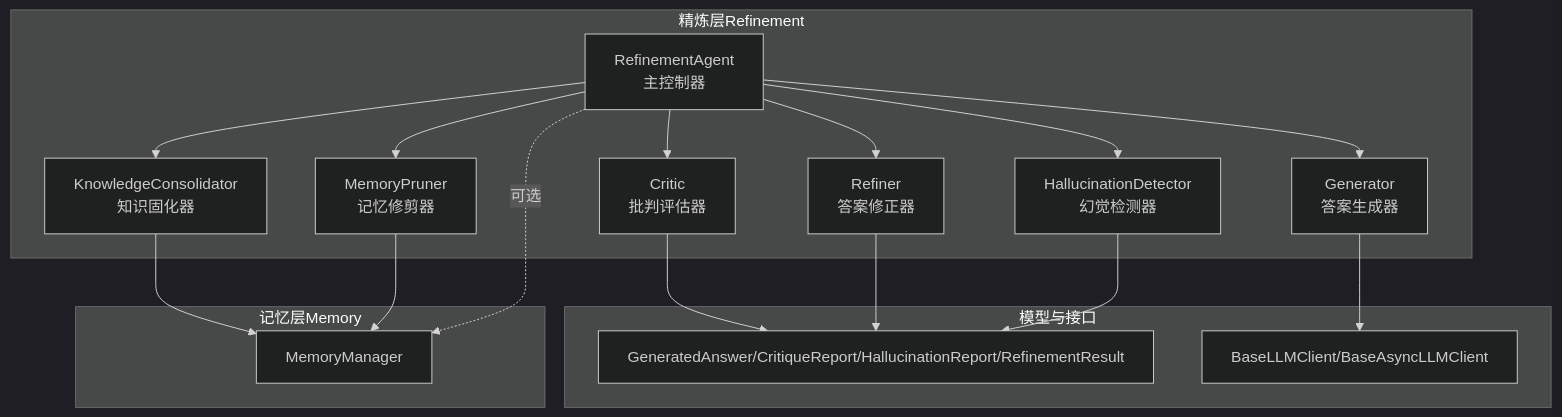
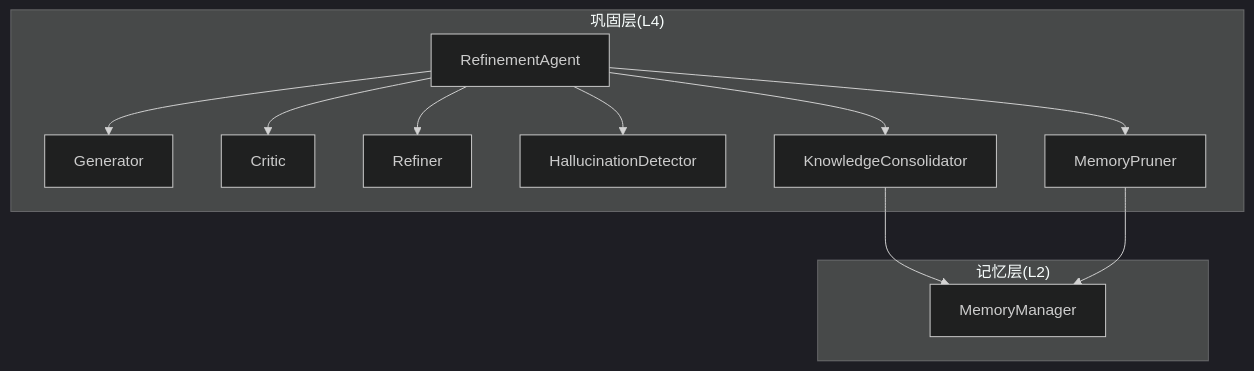
One commit to JieGaoPrinceton/NecoRAG changed the first of 10 diagrams in .qoder/repowiki/zh/content/巩固层模块/精炼代理核心.md. Above: the diagram before and after it, drawn with Mermaid (dark theme). The commit also changed other lines of this file and 181 other files, not shown here.

````diff
--- a/.qoder/repowiki/zh/content/巩固层模块/精炼代理核心.md
+++ b/.qoder/repowiki/zh/content/巩固层模块/精炼代理核心.md
@@ -37,32 +37,23 @@
 ```mermaid
 graph TB
-subgraph "精炼层Refinement"
-A["RefinementAgent<br/>主控制器"]
-B["Generator<br/>答案生成器"]
-C["Critic<br/>批判评估器"]
-D["Refiner<br/>答案修正器"]
-E["HallucinationDetector<br/>幻觉检测器"]
-F["KnowledgeConsolidator<br/>知识固化器"]
-G["MemoryPruner<br/>记忆修剪器"]
+subgraph "巩固层(L4)"
+Agent["RefinementAgent"]
+Gen["Generator"]
+Crit["Critic"]
+Ref["Refiner"]
+Hallu["HallucinationDetector"]
+Cons["KnowledgeConsolidator"]
+Prune["MemoryPruner"]
 end
-subgraph "模型与接口"
-M["GeneratedAnswer/CritiqueReport/HallucinationReport/RefinementResult"]
-L["BaseLLMClient/BaseAsyncLLMClient"]
+subgraph "记忆层(L2)"
+MemMgr["MemoryManager"]
 end
-subgraph "记忆层Memory"
-R["MemoryManager"]
-end
-A --> B
-A --> C
-A --> D
-A --> E
-A --> F
-A --> G
-B --> L
-C --> M
-D --> M
-E --> M
-F --> R
-G --> R
-A -.可选.-> R
+Agent --> Gen
+Agent --> Crit
+Agent --> Ref
+Agent --> Hallu
+Agent --> Cons
+Agent --> Prune
+Cons --> MemMgr
+Prune --> MemMgr
 ```
````
